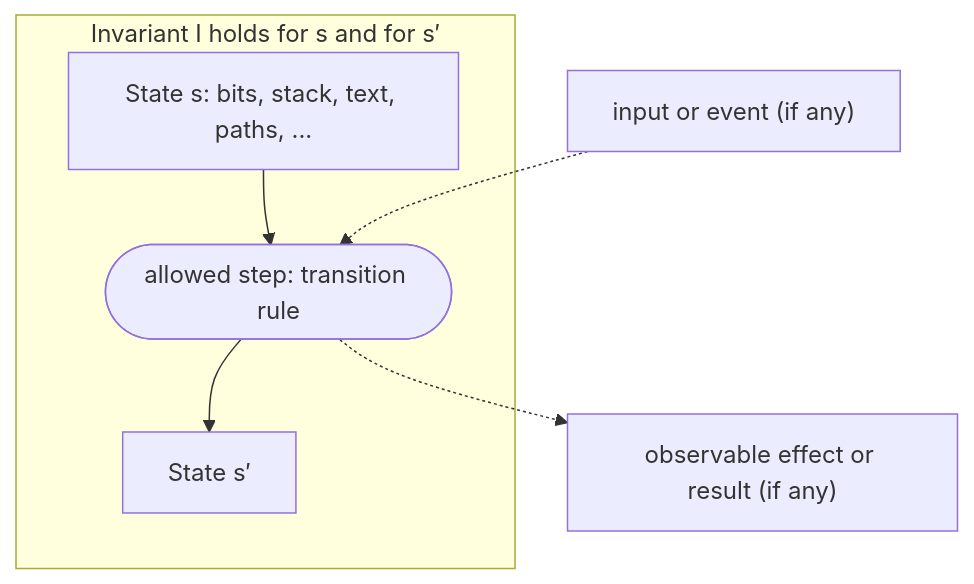
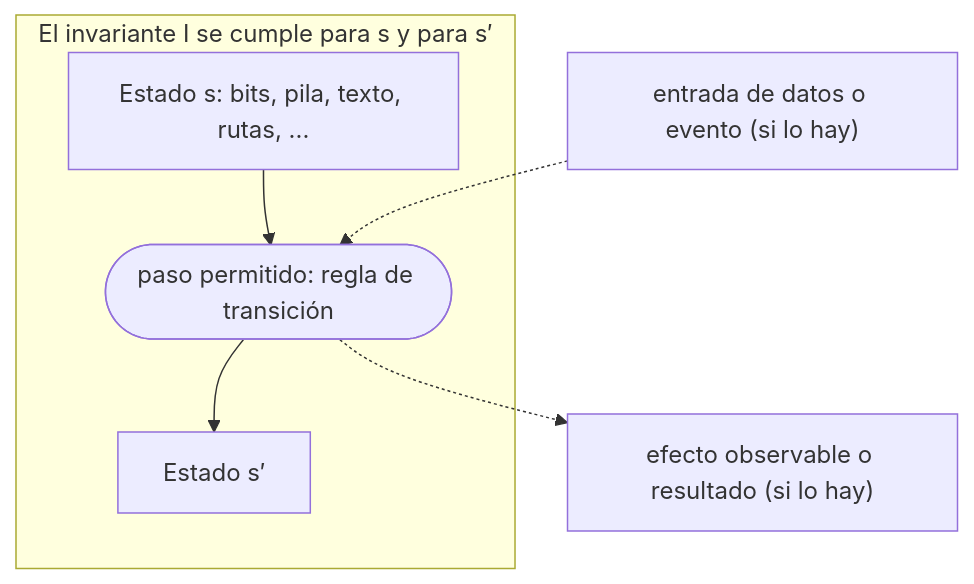
Before and after one commit to dullroar/aprende-a-programar-como-un-bicho-raro: the diagram in lessons/guias-de-estudio/conceptos/estado-y-control-mas-alla-de-las-variables.md, drawn with Mermaid. The commit also changed other lines of this file and 8 other files, not shown here.

````diff
--- a/lessons/guias-de-estudio/conceptos/estado-y-control-mas-alla-de-las-variables.md
+++ b/lessons/guias-de-estudio/conceptos/estado-y-control-mas-alla-de-las-variables.md
@@ -71,10 +71,10 @@
 ```mermaid
 flowchart TB
-    accTitle: A machine is state plus a rule for the next state, not necessarily a processor
-    accDescr: A transition-system diagram. State s, represented as bits, a stack, text, paths or other values, goes through an allowed step, the transition rule, to state s prime. An input or event, if any, feeds the step. The step may produce an observable effect or result, if any. A frame around both states says that the invariant holds for s and for s prime.
-    subgraph INV["Invariant I holds for s and for s′"]
-        S["State s: bits, stack, text, paths, ..."] --> T(["allowed step: transition rule"]) --> S2["State s′"]
+    accTitle: Una máquina es un estado más una regla para el estado siguiente, no necesariamente un procesador
+    accDescr: Un diagrama de sistema de transiciones. El estado s, representado como bits, una pila, texto, rutas u otros valores, pasa por un paso permitido, la regla de transición, al estado s prima. Una entrada de datos o un evento, si lo hay, alimenta el paso. El paso puede producir un efecto observable o un resultado, si lo hay. Un marco alrededor de ambos estados indica que el invariante se cumple para s y para s prima.
+    subgraph INV["El invariante I se cumple para s y para s′"]
+        S["Estado s: bits, pila, texto, rutas, ..."] --> T(["paso permitido: regla de transición"]) --> S2["Estado s′"]
     end
-    IN["input or event (if any)"] -.-> T
-    T -.-> OUT["observable effect or result (if any)"]
+    IN["entrada de datos o evento (si lo hay)"] -.-> T
+    T -.-> OUT["efecto observable o resultado (si lo hay)"]
 ```
````
